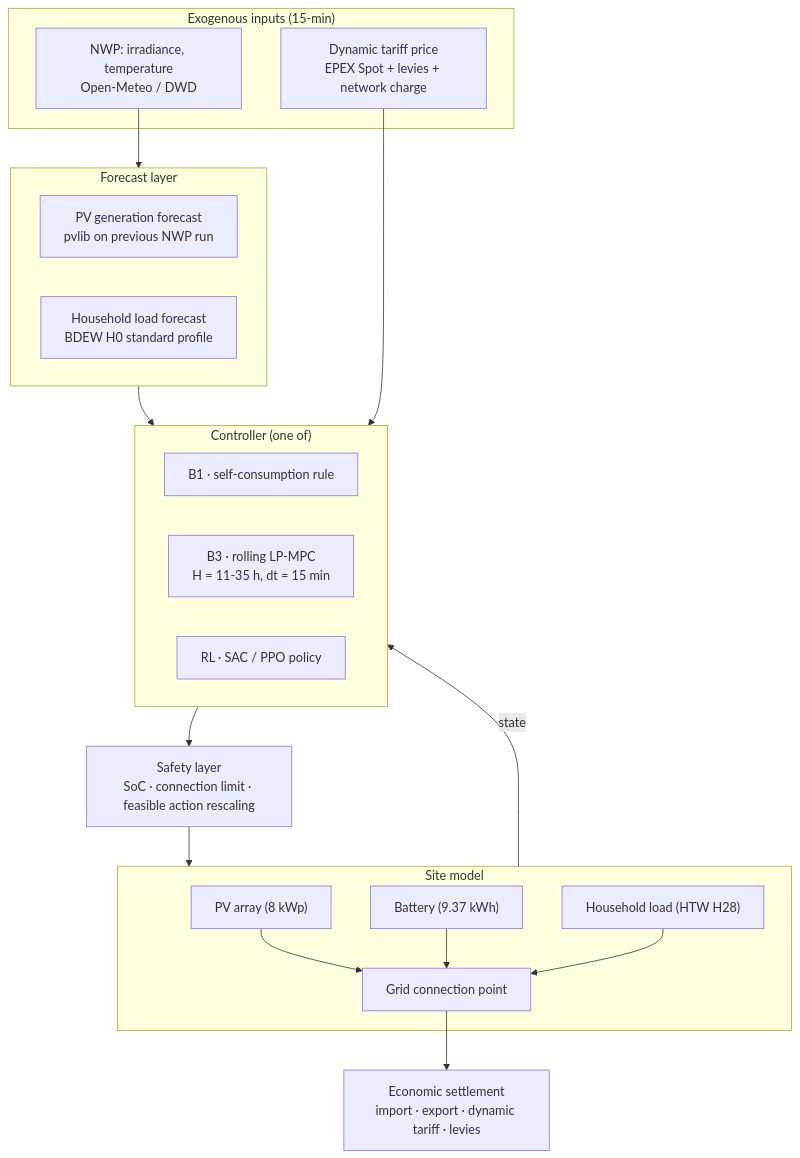
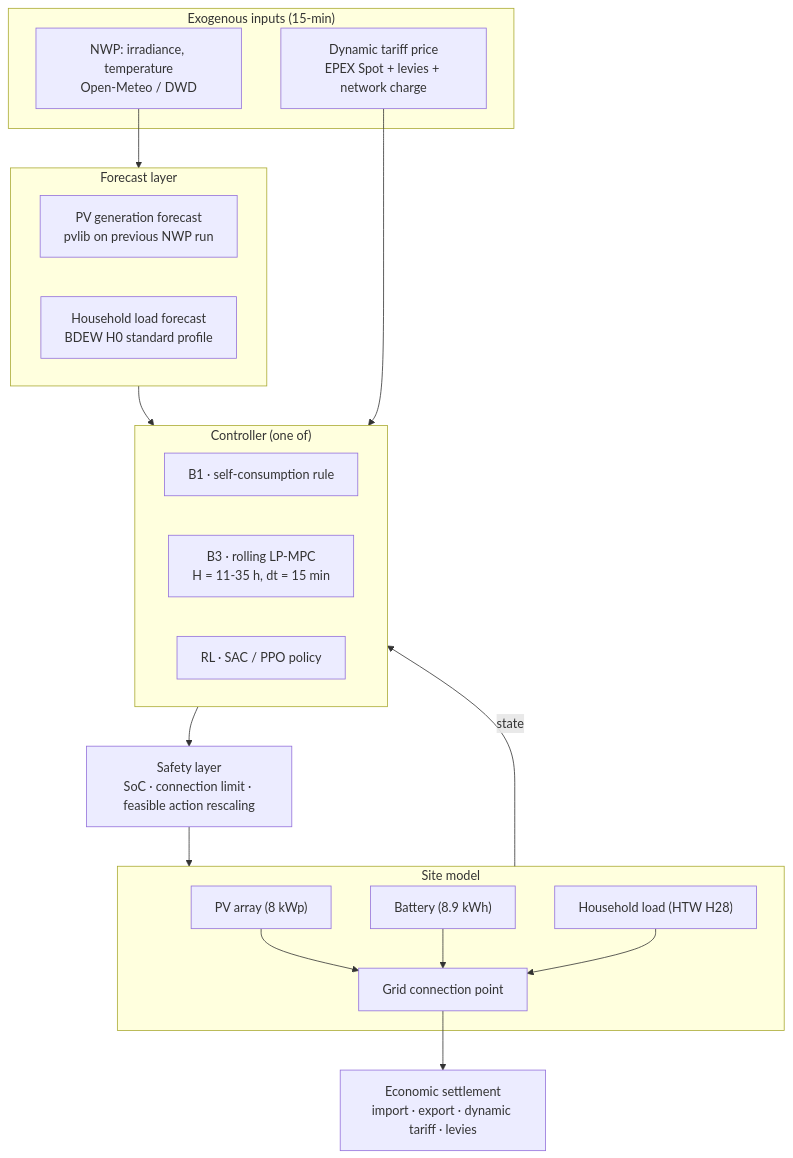
Before and after one commit to muratkus01/Portfolio: the diagram in projects/01-prosumer-pv-bess-mpc-rl/README.md, drawn with Mermaid. The commit also changed other lines of this file and 12 other files, not shown here.

````diff
--- a/projects/01-prosumer-pv-bess-mpc-rl/README.md
+++ b/projects/01-prosumer-pv-bess-mpc-rl/README.md
@@ -405,39 +405,39 @@
 ```mermaid
 flowchart TB
     subgraph EXO["Exogenous inputs (15-min)"]
         W["NWP: irradiance, temperature<br/>Open-Meteo / DWD"]
         PR["Dynamic tariff price<br/>EPEX Spot + levies + network charge"]
     end
 
     subgraph FC["Forecast layer"]
         F1["PV generation forecast<br/>pvlib on previous NWP run"]
         F2["Household load forecast<br/>BDEW H0 standard profile"]
     end
 
     subgraph CTRL["Controller (one of)"]
         B1["B1 · self-consumption rule"]
         B3["B3 · rolling LP-MPC<br/>H = 11-35 h, dt = 15 min"]
         RL["RL · SAC / PPO policy"]
     end
 
     SAFE["Safety layer<br/>SoC · connection limit · feasible action rescaling"]
 
     subgraph SITE["Site model"]
         PV["PV array (8 kWp)"]
-        BAT["Battery (9.37 kWh)"]
+        BAT["Battery (8.9 kWh)"]
         LOAD["Household load (HTW H28)"]
         GCP["Grid connection point"]
     end
 
     SET["Economic settlement<br/>import · export · dynamic tariff · levies"]
 
     W --> FC
     FC --> CTRL
     PR --> CTRL
     CTRL --> SAFE --> SITE
     PV --> GCP
     BAT --> GCP
     LOAD --> GCP
     GCP --> SET
     SITE -->|state| CTRL
 ```
````
